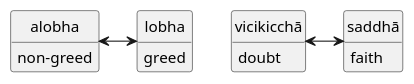
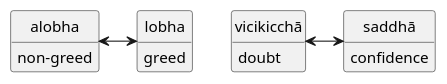
One commit to ChristineTham/buddhavacana changed the fifth of 9 diagrams in src/content/docs/Abhidhamma/Sangaha/cetasika.md. Above: the diagram before and after it, drawn with PlantUML. The commit also changed other lines of this file and 87 other files, not shown here.

````diff
--- a/src/content/docs/Abhidhamma/Sangaha/cetasika.md
+++ b/src/content/docs/Abhidhamma/Sangaha/cetasika.md
@@ -197,21 +197,21 @@
 ```plantuml
 @startuml
 hide circle
 hide empty members
 class lobha {
   greed
 }
 class alobha {
   non-greed
 }
 alobha <-> lobha
 
 class vicikicchā {
   doubt
 }
 class saddhā {
-  faith
+  confidence
 }
 vicikicchā <-> saddhā
 @endmindmap
 ```
````
